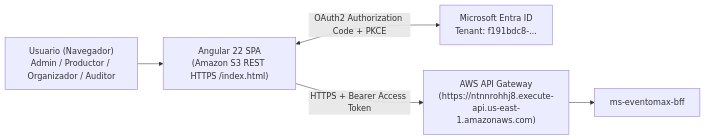
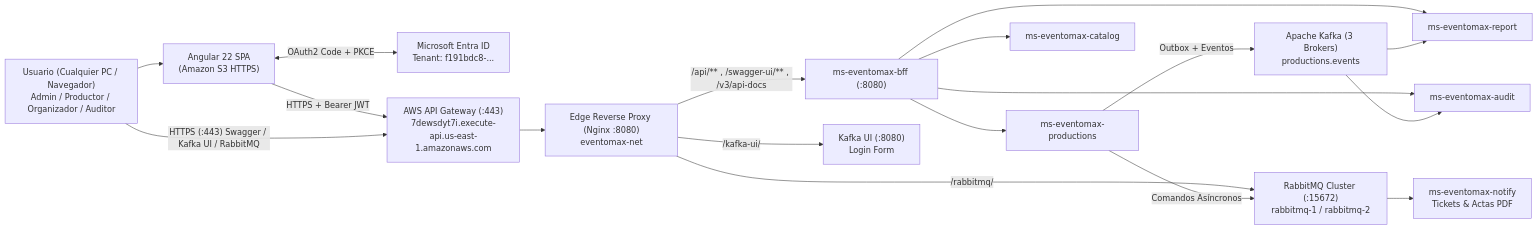
The diagram in README.md (Nachovn12/frontend-eventomax), drawn with Mermaid before and after one commit. The commit also changed other lines of this file, not shown here.

Commit message:
docs(readme): add live HTTPS demo links for Portal, Swagger UI, Kafka UI, and RabbitMQ

````diff
--- a/README.md
+++ b/README.md
@@ -25,7 +26,22 @@
 ```mermaid
 flowchart LR
-    USER["Usuario (Navegador)\nAdmin / Productor / Organizador / Auditor"] --> SPA["Angular 22 SPA\n(Amazon S3 REST HTTPS /index.html)"]
-    SPA <-->|OAuth2 Authorization Code + PKCE| ENTRA["Microsoft Entra ID\nTenant: f191bdc8-..."]
-    SPA -->|HTTPS + Bearer Access Token| APIGW["AWS API Gateway\n(https://ntnnrohhj8.execute-api.us-east-1.amazonaws.com)"]
-    APIGW --> BFF["ms-eventomax-bff"]
+    USER["Usuario (Cualquier PC / Navegador)<br/>Admin / Productor / Organizador / Auditor"] --> SPA["Angular 22 SPA<br/>(Amazon S3 HTTPS)"]
+    SPA <-->|"OAuth2 Code + PKCE"| ENTRA["Microsoft Entra ID<br/>Tenant: f191bdc8-..."]
+    SPA -->|"HTTPS + Bearer JWT"| APIGW["AWS API Gateway (:443)<br/>7dewsdyt7i.execute-api.us-east-1.amazonaws.com"]
+    USER -->|"HTTPS (:443) Swagger / Kafka UI / RabbitMQ"| APIGW
+
+    APIGW --> PROXY["Edge Reverse Proxy (Nginx :8080)<br/>eventomax-net"]
+    PROXY -->|"/api/** , /swagger-ui/** , /v3/api-docs"| BFF["ms-eventomax-bff (:8080)"]
+    PROXY -->|"/kafka-ui/"| KUI["Kafka UI (:8080)<br/>Login Form"]
+    PROXY -->|"/rabbitmq/"| RMQ["RabbitMQ Cluster (:15672)<br/>rabbitmq-1 / rabbitmq-2"]
+
+    BFF --> PROD["ms-eventomax-productions"]
+    BFF --> CAT["ms-eventomax-catalog"]
+    BFF --> REP["ms-eventomax-report"]
+    BFF --> AUD["ms-eventomax-audit"]
+    PROD -->|"Outbox + Eventos"| KAFKA["Apache Kafka (3 Brokers)<br/>productions.events"]
+    PROD -->|"Comandos Asíncronos"| RMQ
+    RMQ --> NOTIFY["ms-eventomax-notify<br/>Tickets & Actas PDF"]
+    KAFKA --> REP
+    KAFKA --> AUD
 ```
````
